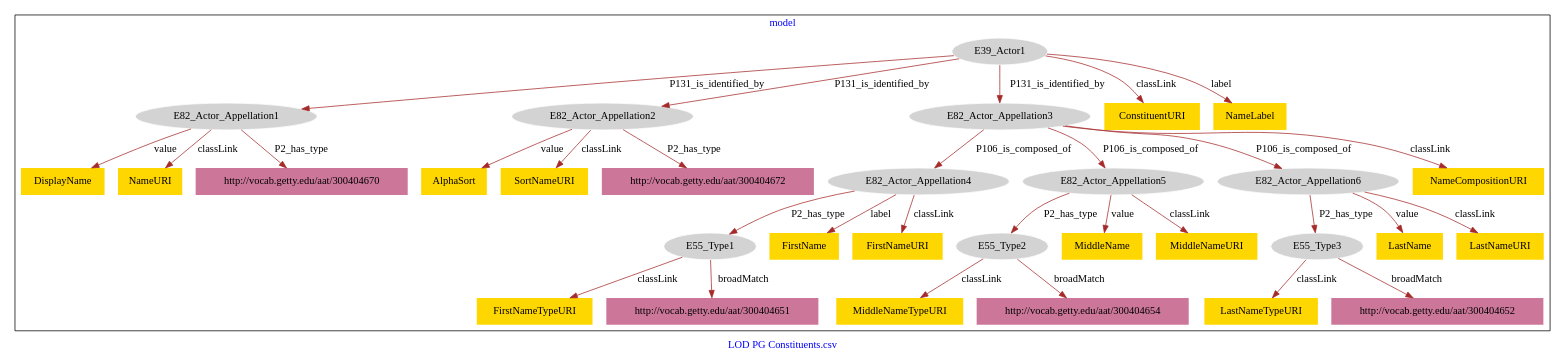
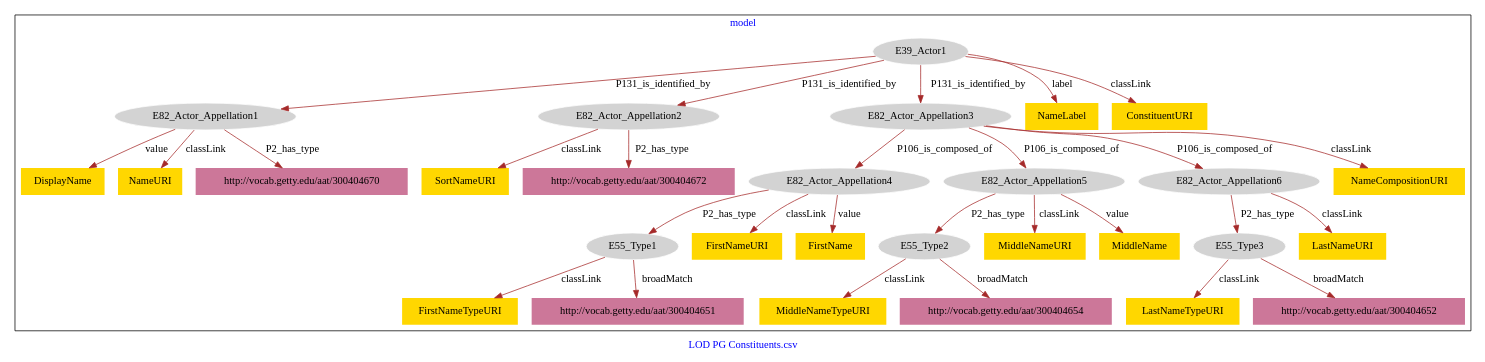
The diagram in PG_Constituents/PG_Constituents-model.dot (american-art/cbm), drawn with Graphviz before and after one commit.

Commit message:
Update file PG_Constituents-model.dot

```diff
--- a/PG_Constituents/PG_Constituents-model.dot
+++ b/PG_Constituents/PG_Constituents-model.dot
@@ -1,69 +1,65 @@
 digraph n0 {
 fontcolor="blue"
 remincross="true"
 label="LOD PG Constituents.csv"
 subgraph cluster {
 label="model"
 n2[style="filled",color="white",fillcolor="lightgray",label="E39_Actor1"];
 n3[style="filled",color="white",fillcolor="lightgray",label="E82_Actor_Appellation1"];
 n4[style="filled",color="white",fillcolor="lightgray",label="E82_Actor_Appellation2"];
 n5[style="filled",color="white",fillcolor="lightgray",label="E82_Actor_Appellation3"];
 n6[style="filled",color="white",fillcolor="lightgray",label="E82_Actor_Appellation4"];
 n7[style="filled",color="white",fillcolor="lightgray",label="E82_Actor_Appellation5"];
 n8[style="filled",color="white",fillcolor="lightgray",label="E82_Actor_Appellation6"];
 n9[style="filled",color="white",fillcolor="lightgray",label="E55_Type1"];
 n10[style="filled",color="white",fillcolor="lightgray",label="E55_Type2"];
 n11[style="filled",color="white",fillcolor="lightgray",label="E55_Type3"];
-n12[shape="plaintext",style="filled",fillcolor="gold",label="FirstName"];
-n13[shape="plaintext",style="filled",fillcolor="gold",label="MiddleName"];
-n14[shape="plaintext",style="filled",fillcolor="gold",label="LastNameTypeURI"];
-n15[shape="plaintext",style="filled",fillcolor="gold",label="LastName"];
-n16[shape="plaintext",style="filled",fillcolor="gold",label="NameCompositionURI"];
-n17[shape="plaintext",style="filled",fillcolor="gold",label="ConstituentURI"];
-n18[shape="plaintext",style="filled",fillcolor="gold",label="DisplayName"];
-n19[shape="plaintext",style="filled",fillcolor="gold",label="FirstNameURI"];
-n20[shape="plaintext",style="filled",fillcolor="gold",label="LastNameURI"];
-n21[shape="plaintext",style="filled",fillcolor="gold",label="MiddleNameURI"];
-n22[shape="plaintext",style="filled",fillcolor="gold",label="AlphaSort"];
-n23[shape="plaintext",style="filled",fillcolor="gold",label="MiddleNameTypeURI"];
+n12[shape="plaintext",style="filled",fillcolor="gold",label="DisplayName"];
+n13[shape="plaintext",style="filled",fillcolor="gold",label="MiddleNameURI"];
+n14[shape="plaintext",style="filled",fillcolor="gold",label="MiddleNameTypeURI"];
+n15[shape="plaintext",style="filled",fillcolor="gold",label="MiddleName"];
+n16[shape="plaintext",style="filled",fillcolor="gold",label="FirstNameTypeURI"];
+n17[shape="plaintext",style="filled",fillcolor="gold",label="NameCompositionURI"];
+n18[shape="plaintext",style="filled",fillcolor="gold",label="LastNameTypeURI"];
+n19[shape="plaintext",style="filled",fillcolor="gold",label="LastNameURI"];
+n20[shape="plaintext",style="filled",fillcolor="gold",label="NameURI"];
+n21[shape="plaintext",style="filled",fillcolor="gold",label="SortNameURI"];
+n22[shape="plaintext",style="filled",fillcolor="gold",label="FirstNameURI"];
+n23[shape="plaintext",style="filled",fillcolor="gold",label="FirstName"];
 n24[shape="plaintext",style="filled",fillcolor="gold",label="NameLabel"];
-n25[shape="plaintext",style="filled",fillcolor="gold",label="FirstNameTypeURI"];
-n26[shape="plaintext",style="filled",fillcolor="gold",label="SortNameURI"];
-n27[shape="plaintext",style="filled",fillcolor="gold",label="NameURI"];
-n28[shape="plaintext",style="filled",fillcolor="#CC7799",label="http://vocab.getty.edu/aat/300404670"];
-n29[shape="plaintext",style="filled",fillcolor="#CC7799",label="http://vocab.getty.edu/aat/300404651"];
-n30[shape="plaintext",style="filled",fillcolor="#CC7799",label="http://vocab.getty.edu/aat/300404672"];
-n31[shape="plaintext",style="filled",fillcolor="#CC7799",label="http://vocab.getty.edu/aat/300404654"];
-n32[shape="plaintext",style="filled",fillcolor="#CC7799",label="http://vocab.getty.edu/aat/300404652"];
+n25[shape="plaintext",style="filled",fillcolor="gold",label="ConstituentURI"];
+n26[shape="plaintext",style="filled",fillcolor="#CC7799",label="http://vocab.getty.edu/aat/300404670"];
+n27[shape="plaintext",style="filled",fillcolor="#CC7799",label="http://vocab.getty.edu/aat/300404651"];
+n28[shape="plaintext",style="filled",fillcolor="#CC7799",label="http://vocab.getty.edu/aat/300404672"];
+n29[shape="plaintext",style="filled",fillcolor="#CC7799",label="http://vocab.getty.edu/aat/300404654"];
+n30[shape="plaintext",style="filled",fillcolor="#CC7799",label="http://vocab.getty.edu/aat/300404652"];
 }
 n2 -> n3[color="brown",fontcolor="black",label="P131_is_identified_by"]
 n2 -> n4[color="brown",fontcolor="black",label="P131_is_identified_by"]
 n2 -> n5[color="brown",fontcolor="black",label="P131_is_identified_by"]
 n5 -> n6[color="brown",fontcolor="black",label="P106_is_composed_of"]
 n5 -> n7[color="brown",fontcolor="black",label="P106_is_composed_of"]
 n5 -> n8[color="brown",fontcolor="black",label="P106_is_composed_of"]
 n6 -> n9[color="brown",fontcolor="black",label="P2_has_type"]
 n7 -> n10[color="brown",fontcolor="black",label="P2_has_type"]
 n8 -> n11[color="brown",fontcolor="black",label="P2_has_type"]
-n6 -> n12[color="brown",fontcolor="black",label="label"]
-n7 -> n13[color="brown",fontcolor="black",label="value"]
-n11 -> n14[color="brown",fontcolor="black",label="classLink"]
-n8 -> n15[color="brown",fontcolor="black",label="value"]
-n5 -> n16[color="brown",fontcolor="black",label="classLink"]
-n2 -> n17[color="brown",fontcolor="black",label="classLink"]
-n3 -> n18[color="brown",fontcolor="black",label="value"]
-n6 -> n19[color="brown",fontcolor="black",label="classLink"]
-n8 -> n20[color="brown",fontcolor="black",label="classLink"]
-n7 -> n21[color="brown",fontcolor="black",label="classLink"]
-n4 -> n22[color="brown",fontcolor="black",label="value"]
-n10 -> n23[color="brown",fontcolor="black",label="classLink"]
+n3 -> n12[color="brown",fontcolor="black",label="value"]
+n7 -> n13[color="brown",fontcolor="black",label="classLink"]
+n10 -> n14[color="brown",fontcolor="black",label="classLink"]
+n7 -> n15[color="brown",fontcolor="black",label="value"]
+n9 -> n16[color="brown",fontcolor="black",label="classLink"]
+n5 -> n17[color="brown",fontcolor="black",label="classLink"]
+n11 -> n18[color="brown",fontcolor="black",label="classLink"]
+n8 -> n19[color="brown",fontcolor="black",label="classLink"]
+n3 -> n20[color="brown",fontcolor="black",label="classLink"]
+n4 -> n21[color="brown",fontcolor="black",label="classLink"]
+n6 -> n22[color="brown",fontcolor="black",label="classLink"]
+n6 -> n23[color="brown",fontcolor="black",label="value"]
 n2 -> n24[color="brown",fontcolor="black",label="label"]
-n9 -> n25[color="brown",fontcolor="black",label="classLink"]
-n4 -> n26[color="brown",fontcolor="black",label="classLink"]
-n3 -> n27[color="brown",fontcolor="black",label="classLink"]
-n3 -> n28[color="brown",fontcolor="black",label="P2_has_type"]
-n9 -> n29[color="brown",fontcolor="black",label="broadMatch"]
-n4 -> n30[color="brown",fontcolor="black",label="P2_has_type"]
-n10 -> n31[color="brown",fontcolor="black",label="broadMatch"]
-n11 -> n32[color="brown",fontcolor="black",label="broadMatch"]
+n2 -> n25[color="brown",fontcolor="black",label="classLink"]
+n3 -> n26[color="brown",fontcolor="black",label="P2_has_type"]
+n9 -> n27[color="brown",fontcolor="black",label="broadMatch"]
+n4 -> n28[color="brown",fontcolor="black",label="P2_has_type"]
+n10 -> n29[color="brown",fontcolor="black",label="broadMatch"]
+n11 -> n30[color="brown",fontcolor="black",label="broadMatch"]
 }
```
